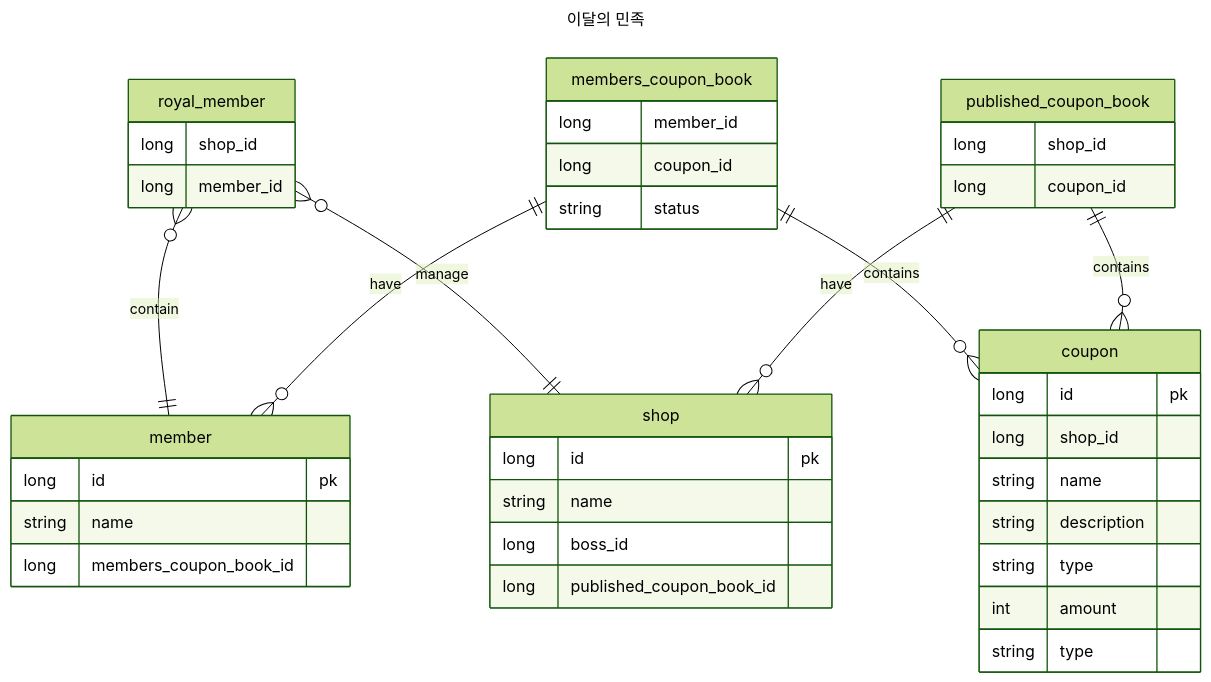
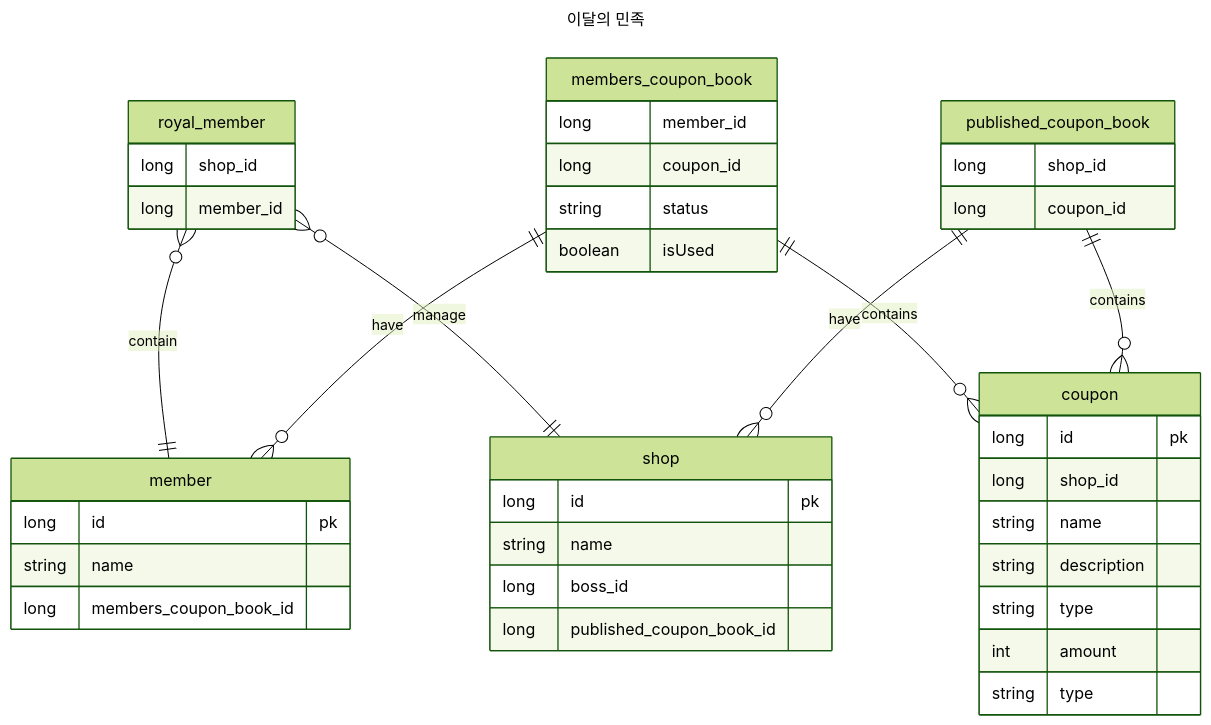
Before and after one commit to Meet-Coder-Study/posting-review: the second of 2 diagrams in tis/2024-02-03/index.md, drawn with Mermaid (forest theme). The commit also changed other lines of this file, not shown here.

````diff
--- a/tis/2024-02-03/index.md
+++ b/tis/2024-02-03/index.md
@@ -159,53 +169,54 @@
 ```mermaid
 ---
 title: 이달의 민족
 ---
 
 erDiagram
 
 	royal_member {
 		long shop_id
 		long member_id
 	}
 
 	shop {
 		long id pk
 		string name
 		long boss_id
 		long published_coupon_book_id
 	}
 
 	member {
 		long id pk
 		string name
 		long members_coupon_book_id
 	}
 
 	published_coupon_book {
 		long shop_id
 		long coupon_id
 	}
 
 	coupon {
 		long id pk
 		long shop_id
 		string name
 		string description
 		string type
 		int amount
 		string type
 	}	
 
 	members_coupon_book {
 		long member_id
 		long coupon_id
 		string status
+		boolean isUsed
 	}
 
 	royal_member }o--|| member : contain
 	royal_member }o--|| shop : manage
 	members_coupon_book ||--o{ coupon : contains
 	members_coupon_book ||--o{ member : have
 	published_coupon_book ||--o{ shop : have
 	published_coupon_book ||--o{ coupon : contains
 ```
````
